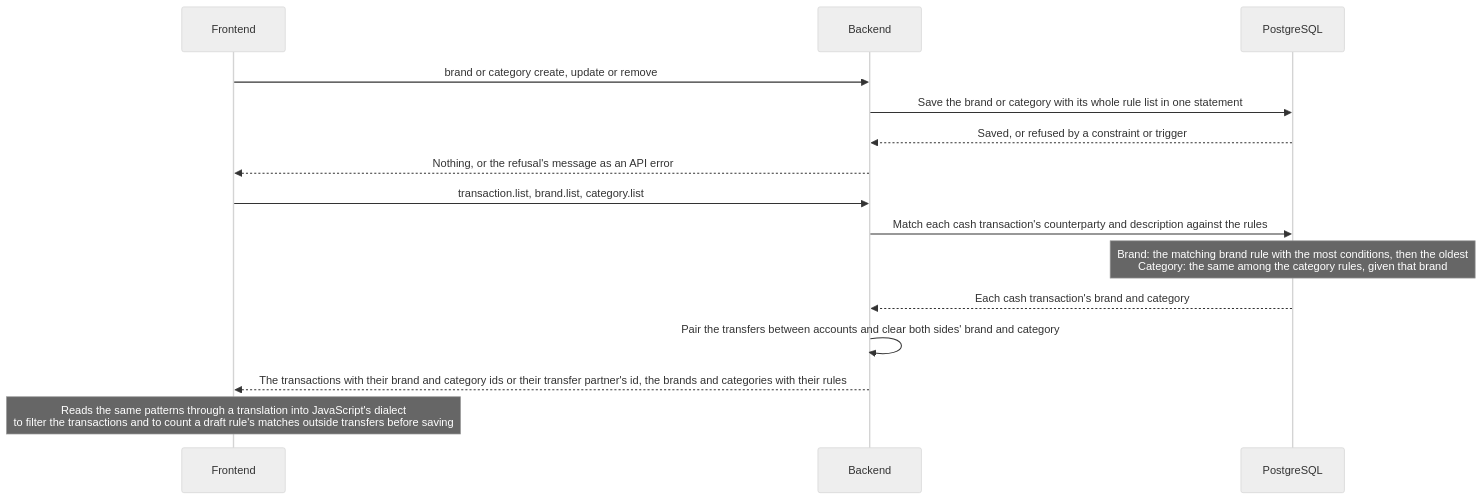
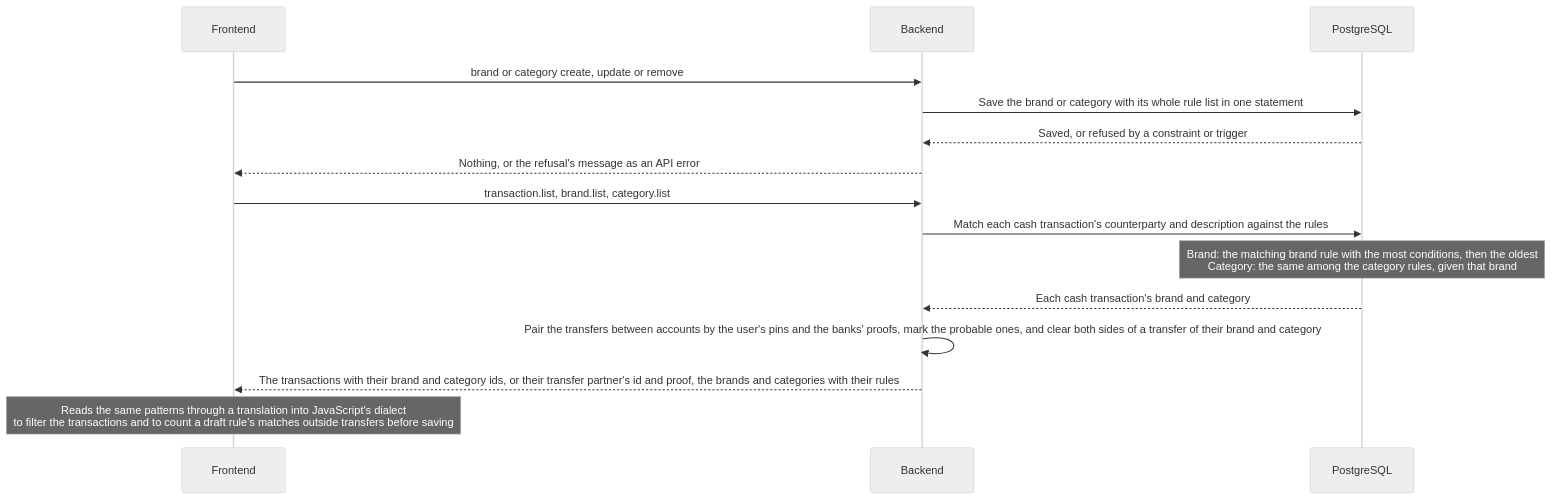
Before and after one commit to lennartmoeller/finance-tracker: the diagram in docs/contract/rules.md, drawn with Mermaid (neutral theme). The commit also changed 56 other files, not shown here.

Commit message:
feat: import PayPal and pair transfers only on a proof the user can correct (#65)

````diff
--- a/docs/contract/rules.md
+++ b/docs/contract/rules.md
@@ -3,17 +3,17 @@
 ```mermaid
 sequenceDiagram
   participant FE as Frontend
   participant BE as Backend
   participant DB as PostgreSQL
   FE->>BE: brand or category create, update or remove
   BE->>DB: Save the brand or category with its whole rule list in one statement
   DB-->>BE: Saved, or refused by a constraint or trigger
   BE-->>FE: Nothing, or the refusal's message as an API error
   FE->>BE: transaction.list, brand.list, category.list
   BE->>DB: Match each cash transaction's counterparty and description against the rules
   Note over DB: Brand: the matching brand rule with the most conditions, then the oldest<br/>Category: the same among the category rules, given that brand
   DB-->>BE: Each cash transaction's brand and category
-  BE->>BE: Pair the transfers between accounts and clear both sides' brand and category
-  BE-->>FE: The transactions with their brand and category ids or their transfer partner's id, the brands and categories with their rules
+  BE->>BE: Pair the transfers between accounts by the user's pins and the banks' proofs, mark the probable ones, and clear both sides of a transfer of their brand and category
+  BE-->>FE: The transactions with their brand and category ids, or their transfer partner's id and proof, the brands and categories with their rules
   Note over FE: Reads the same patterns through a translation into JavaScript's dialect<br/>to filter the transactions and to count a draft rule's matches outside transfers before saving
 ```
````
